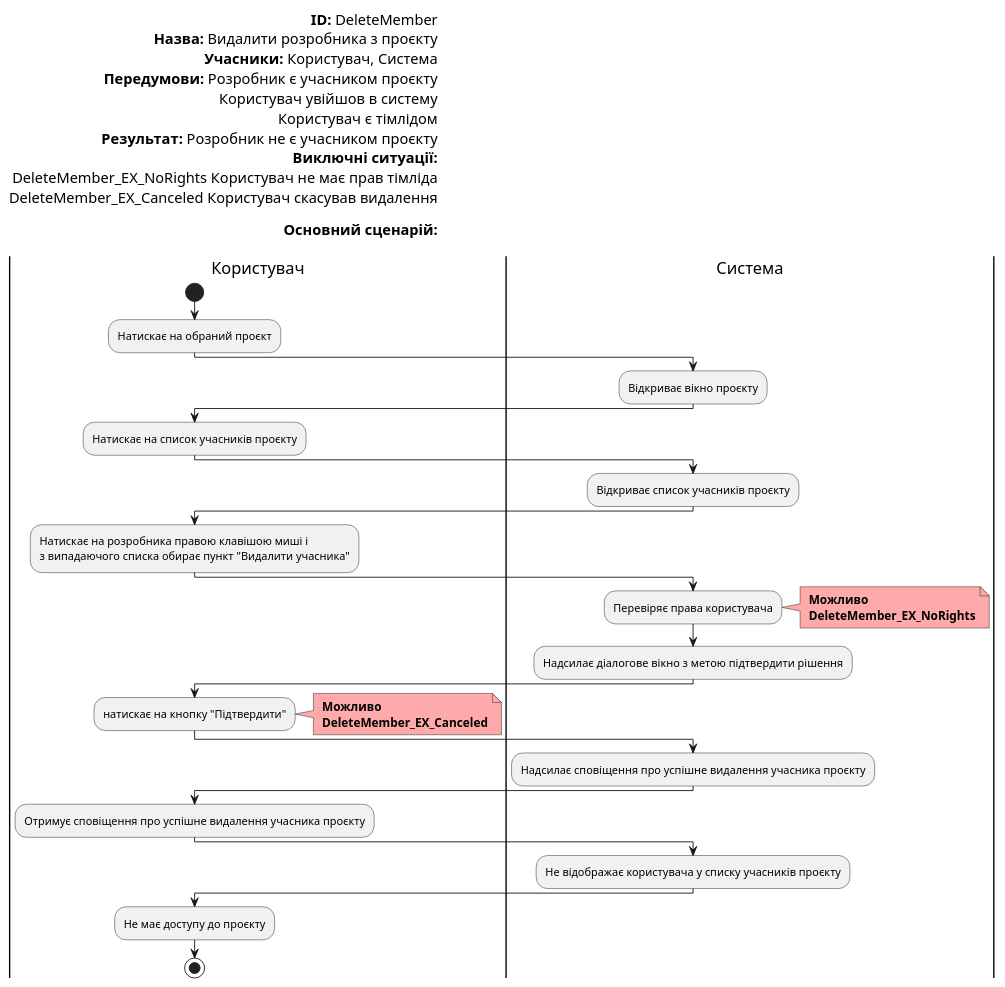
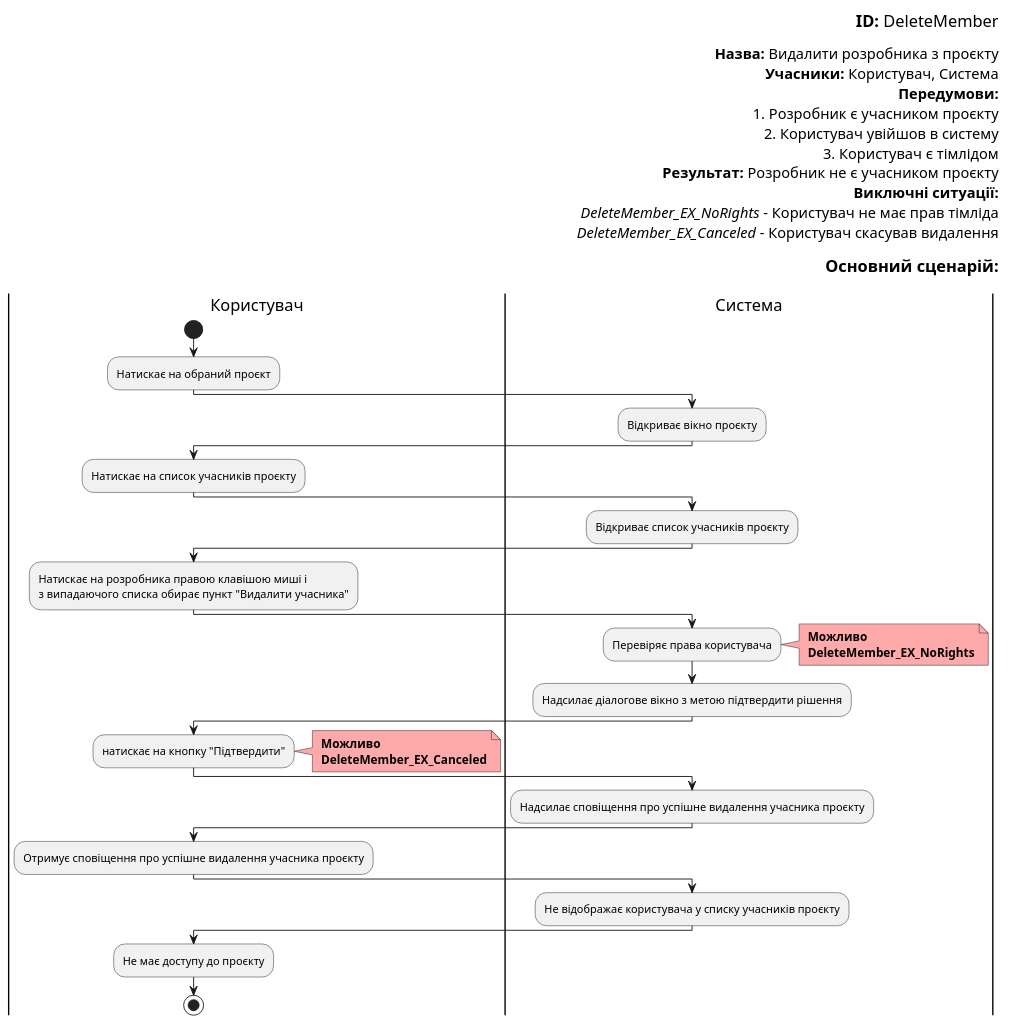
Before and after one commit to boldak/edu-db-cw: diagram 19 of 19 in docs/use cases/README.md, drawn with PlantUML. The commit also changed other lines of this file, not shown here.

```diff
--- a/docs/use cases/README.md
+++ b/docs/use cases/README.md
@@ -1186,65 +1190,67 @@
 @startuml
 
-    left header        
-        <font color=000 size=16><b>ID:</b> DeleteMember
+    right header        
+        <font color=000 size=18><b>ID:</b> DeleteMember
+
         <font color=000 size=16><b>Назва:</b> Видалити розробника з проєкту
         <font color=000 size=16><b>Учасники:</b> Користувач, Система
-        <font color=000 size=16><b>Передумови:</b> Розробник є учасником проєкту
-        <font color=000 size=16> Користувач увійшов в систему 
-        <font color=000 size=16> Користувач є тімлідом
+        <font color=000 size=16><b>Передумови:</b> 
+        <font color=000 size=16> 1. Розробник є учасником проєкту
+        <font color=000 size=16> 2. Користувач увійшов в систему 
+        <font color=000 size=16> 3. Користувач є тімлідом
         <font color=000 size=16><b>Результат:</b> Розробник не є учасником проєкту
         <font color=000 size=16><b>Виключні ситуації:</b>
-        <font color=000 size=16> DeleteMember_EX_NoRights Користувач не має прав тімліда
-        <font color=000 size=16> DeleteMember_EX_Canceled Користувач скасував видалення
+        <font color=000 size=16><i>DeleteMember_EX_NoRights</i> - Користувач не має прав тімліда
+        <font color=000 size=16><i>DeleteMember_EX_Canceled</i> - Користувач скасував видалення
         
-        <font color=000 size=16><b>Основний сценарій:</b>
+        <font color=000 size=18><b>Основний сценарій:</b>
         
     end header
 
     |Користувач|
         start;    
         :Натискає на обраний проєкт;
 
     |Система|
         :Відкриває вікно проєкту;
 
     |Користувач|
         :Натискає на список учасників проєкту;
 
     |Система|
         :Відкриває список учасників проєкту;
 
     |Користувач|
         :Натискає на розробника правою клавішою миші і 
         з випадаючого списка обирає пункт "Видалити учасника";
 
     |Система|
         :Перевіряє права користувача;
         note right #ffaaaa
         <b> Можливо
         <b> DeleteMember_EX_NoRights
         end note
 
         :Надсилає діалогове вікно з метою підтвердити рішення;
 
     |Користувач|
         :натискає на кнопку "Підтвердити";
         note right #ffaaaa
         <b> Можливо
         <b> DeleteMember_EX_Canceled
         end note
 
     |Система|
         :Надсилає сповіщення про успішне видалення учасника проєкту;
 
     |Користувач|
         :Отримує сповіщення про успішне видалення учасника проєкту;
 
     |Система|
         :Не відображає користувача у списку учасників проєкту;
 
     |Користувач|
         :Не має доступу до проєкту;
         stop;
 
 @enduml
```
